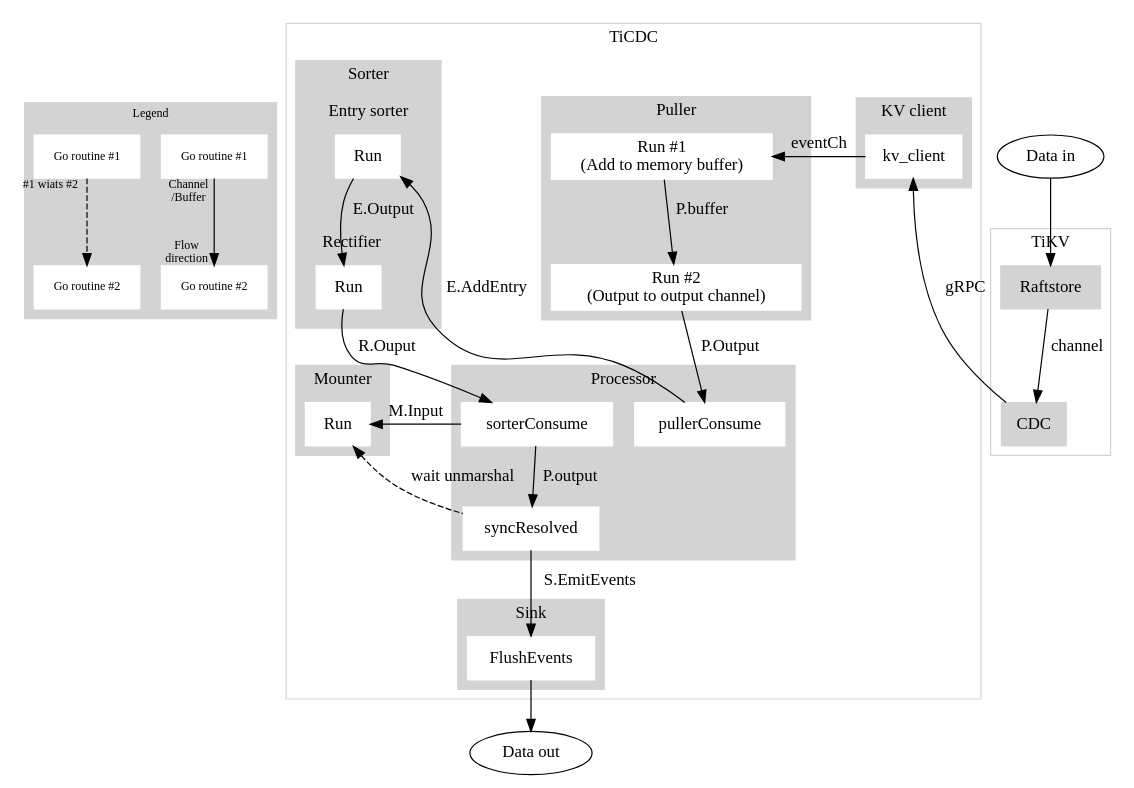
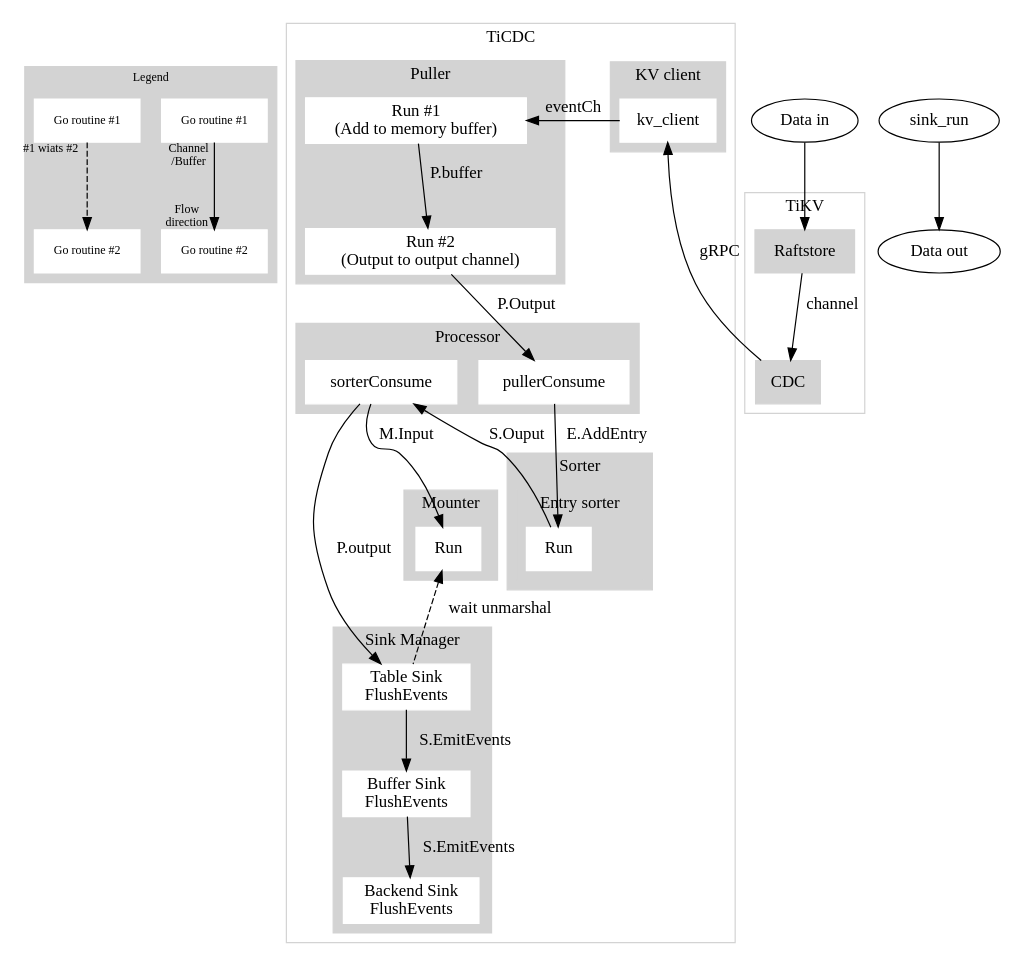
One commit to pingcap/tiflow changed the diagram in docs/data-flow.dot. Above: the diagram before and after it, drawn with Graphviz. The commit also changed 1 other file, not shown here.

Commit message:
update data-flow

```diff
--- a/docs/data-flow.dot
+++ b/docs/data-flow.dot
@@ -1,174 +1,183 @@
 // The data-flow diagram of TiCDC.
 //
 // Run `make data-flow-diagram` to generate data-flow.svg
 //
 // Metrics in TiCDC
 // TiKV -> KV client: ticdc_kvclient_pull_event_count | counter
 //     puller event chan size: ticdc_puller_event_chan_size | gauge
 // KV client -> puller memBuffer: ticdc_puller_kv_event_count | counter
 //     puller memBuffer size: ticdc_puller_mem_buffer_size | gauge
 // puller memBuffer -> puller outputChan: ticdc_puller_txn_collect_event_count | counter
 //     puller outputChan size: ticdc_puller_output_chan_size | gauge
 // puller outputCnan -> sorter unsorted
 //     sorter unsorted size: ticdc_puller_entry_sorter_unsorted_size | gauge
 //     sorter sort duration: ticdc_puller_entry_sorter_sort | duration
 //     sorter merge duration: ticdc_puller_entry_sorter_merge | duration
 // sorter unsorted -> sorter outputCh: missing
 //     sorter outputCh size: ticdc_puller_entry_sorter_output_chan_size | gauge
 // sorter outputCh -> Rectifier outputCh: missing
 // Rectifier outputCh -> processor outputCh: missing
 //                    `-> mounter rawRowChangedChs
 //                             mounter unmarshal duration: ticdc_mounter_unmarshal_and_mount | duration
 //                             mounter rawRowCHangedChs size: ticdc_mounter_input_chan_size | gauge
 // processor outputCh -> sink.EmitRowChangedEvents:
 //     processor outputCh size: ticdc_processor_txn_output_chan_size | gague
 
 digraph Dataflow {
     subgraph cluster_legends {
         label = "Legend";
         fontsize = 10;
         color = lightgrey;
         style = filled;
 
         node [
             style = filled,
             color = white,
             shape = rect,
             fontsize = 10,
             width = 0.5,
             height = 0.5,
         ];
 
         edge [
             labelfontsize = 10,
         ]
 
         flow [
             label = "Go routine #1",
         ]
         flow_ [
             label = "Go routine #2",
         ]
         flow -> flow_ [
             headlabel = "Flow\ndirection",
             taillabel = "Channel\n/Buffer",
         ]
 
         wait [
             label = "Go routine #1",
         ]
         wait_ [
             label = "Go routine #2",
         ]
         wait -> wait_ [
             taillabel = "#1 wiats #2",
             style = "dashed",
         ]
     }
 
     subgraph cluster_tikv {
         label = "TiKV";
         color = lightgrey;
         node [
             style = filled,
             color = lightgrey,
             shape = rect,
         ];
 
         Raftstore -> CDC [label = "channel"]
     }
 
     subgraph cluster_ticdc {
         label = "TiCDC";
         color = lightgrey;
         node [
             style = filled,
             color = white,
             shape = rect,
         ];
 
         CDC -> kv_client [constraint = false, label = "gRPC"]
 
         subgraph cluster_kvclient {
             label = "KV client";
             style = filled;
 
             kv_client
         }
 
         kv_client -> puller_run_step1 [label = "eventCh", constraint = false]
 
         subgraph cluster_processor {
             label = "Processor";
             style = filled;
 
             processor_sorter_consume [label = "sorterConsume"]
             processor_puller_consume [label = "pullerConsume"]
-            processor_sync_resolved [label = "syncResolved"]
 
-            processor_sorter_consume -> processor_sync_resolved [label = "P.output"]
         }
+            processor_sorter_consume -> table_sink_run [label = "P.output"]
 
         subgraph cluster_puller {
             label = "Puller";
             style = filled;
 
             puller_run_step1 [label = "Run #1\n(Add to memory buffer)"]
             puller_run_step2 [label = "Run #2\n(Output to output channel)"]
 
             puller_run_step1 -> puller_run_step2 [label = "P.buffer"]
             puller_run_step2 -> processor_puller_consume [label = "P.Output"]
         }
 
         processor_puller_consume -> sorter_run [label = "E.AddEntry"]
 
         subgraph cluster_sorter {
             label = "Sorter";
             style = filled;
 
             subgraph cluster_entry_sorter {
                 label = "Entry sorter";
 
                 sorter_run [label = "Run"]
             }
 
-            sorter_run -> rectifier_run [label = "E.Output"]
-
-            subgraph cluster_rectifier {
-                label = "Rectifier";
-
-                rectifier_run [label = "Run"]
-            }
         }
 
-        rectifier_run -> processor_sorter_consume [label = "R.Ouput"]
+        sorter_run -> processor_sorter_consume [label = "S.Ouput"]
         processor_sorter_consume -> mounter_run [label = "M.Input"]
-        mounter_run -> processor_sync_resolved [
+        mounter_run -> table_sink_run [
             label = "wait unmarshal",
             style = "dashed",
             dir = back,
         ]
 
         subgraph cluster_mounter {
             label = "Mounter";
             style = filled;
 
             mounter_run [label = "Run"]
         }
 
-        processor_sync_resolved -> sink_run [label = "S.EmitEvents"]
-
         subgraph cluster_sink {
-            label = "Sink";
+            label = "Sink Manager";
             style = filled;
 
-            sink_run [label = "FlushEvents"]
+            subgraph table_sink {
+                label = "Table Sink";
+
+                table_sink_run [label = "Table Sink\nFlushEvents"]
+            }
+
+            subgraph buffer_sink {
+                label = "Buffer Sink";
+
+                buffer_sink_run [label = "Buffer Sink\nFlushEvents"]
+            }
+
+            subgraph backend_sink {
+                label = "Backend Sink";
+
+                backend_sink_run [label = "Backend Sink\nFlushEvents"]
+            }
+
+            table_sink_run -> buffer_sink_run [label = "S.EmitEvents"]
+            buffer_sink_run -> backend_sink_run [label = "S.EmitEvents"]
         }
     }
 
     data_in [label = "Data in", shape = oval]
     data_in -> Raftstore
 
     data_out [label = "Data out", shape = oval]
     sink_run -> data_out
 }
```
